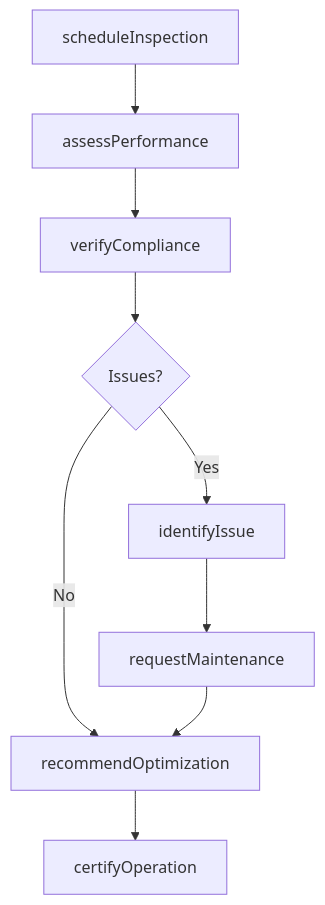
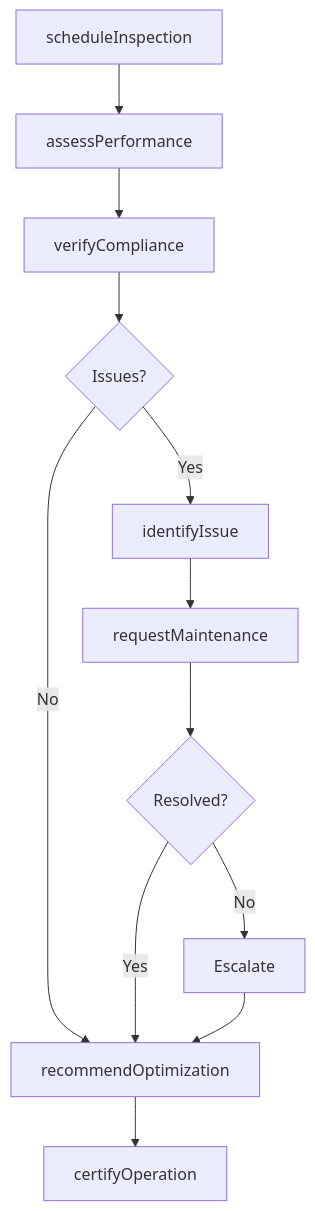
The third of 4 diagrams in MonitoringProcessesMaterialsOrSurroundings/MonitorOperationsToEnsureAdequatePerformance/InspectOperationsGreenEnergyFacilities.mdx (dot-org-ai/tasks.org.ai), drawn with Mermaid before and after one commit. The commit also changed other lines of this file and 266 other files, not shown here.

First line of the commit message:
feat: Add ER diagrams, state diagrams to wave 2 batch (251 DWA files)

````diff
--- a/MonitoringProcessesMaterialsOrSurroundings/MonitorOperationsToEnsureAdequatePerformance/InspectOperationsGreenEnergyFacilities.mdx
+++ b/MonitoringProcessesMaterialsOrSurroundings/MonitorOperationsToEnsureAdequatePerformance/InspectOperationsGreenEnergyFacilities.mdx
@@ -87,11 +116,14 @@
 ```mermaid
 graph TD
     A[scheduleInspection] --> B[assessPerformance]
     B --> C[verifyCompliance]
     C --> D{Issues?}
     D -->|Yes| E[identifyIssue]
     D -->|No| F[recommendOptimization]
     E --> G[requestMaintenance]
-    G --> F
-    F --> H[certifyOperation]
+    G --> H{Resolved?}
+    H -->|Yes| F
+    H -->|No| I[Escalate]
+    I --> F
+    F --> J[certifyOperation]
 ```
````
